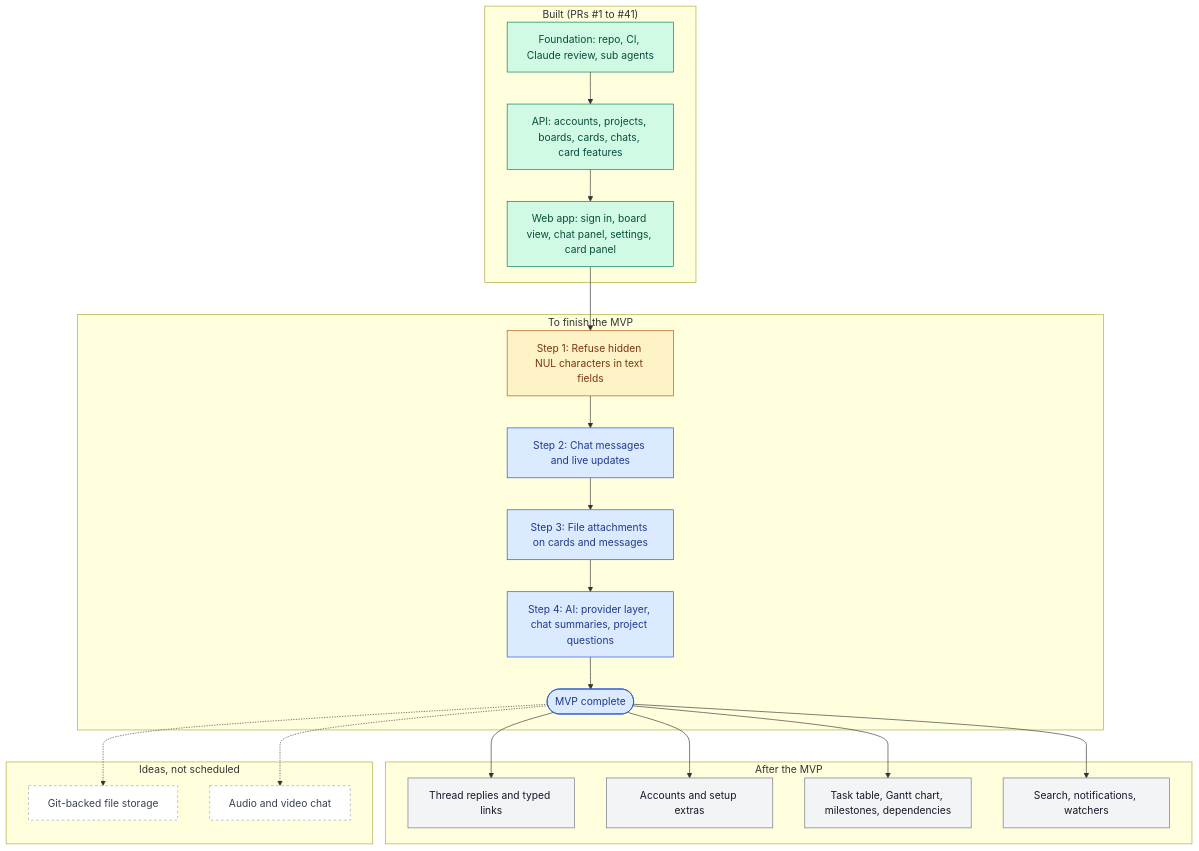
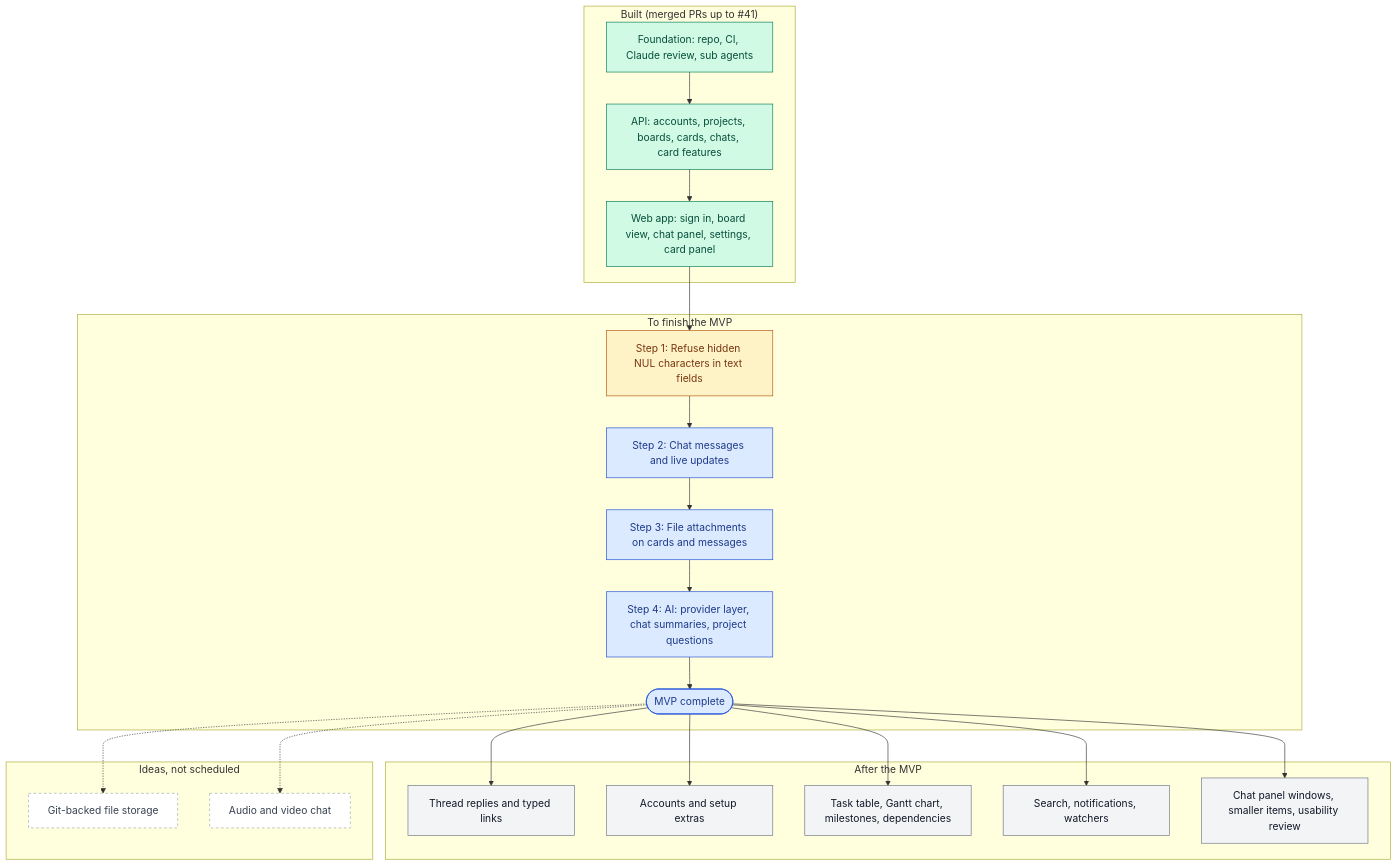
The diagram in docs/roadmap.md (jongane/Tessera), drawn with Mermaid before and after one commit. The commit also changed other lines of this file and 3 other files, not shown here.

First line of the commit message:
docs: point other docs to the roadmap for after-MVP work

````diff
--- a/docs/roadmap.md
+++ b/docs/roadmap.md
@@ -13,44 +13,45 @@
 ```mermaid
 flowchart TD
     classDef done fill:#d1fae5,stroke:#047857,color:#064e3b
     classDef next fill:#fef3c7,stroke:#b45309,color:#78350f
     classDef mvp fill:#dbeafe,stroke:#1d4ed8,color:#1e3a8a
     classDef later fill:#f3f4f6,stroke:#6b7280,color:#111827
     classDef idea fill:#ffffff,stroke:#9ca3af,color:#374151,stroke-dasharray: 4 4
 
-    subgraph Built["Built (PRs #1 to #41)"]
+    subgraph Built["Built (merged PRs up to #41)"]
         F[Foundation: repo, CI, Claude review, sub agents]
         A[API: accounts, projects, boards, cards, chats, card features]
         W[Web app: sign in, board view, chat panel, settings, card panel]
     end
 
     subgraph MVP["To finish the MVP"]
         N1[Step 1: Refuse hidden NUL characters in text fields]
         N2[Step 2: Chat messages and live updates]
         N3[Step 3: File attachments on cards and messages]
         N4[Step 4: AI: provider layer, chat summaries, project questions]
         R([MVP complete])
     end
 
     subgraph After["After the MVP"]
         L1[Thread replies and typed links]
         L2[Accounts and setup extras]
         L3[Task table, Gantt chart, milestones, dependencies]
         L4[Search, notifications, watchers]
+        L5[Chat panel windows, smaller items, usability review]
     end
 
     subgraph Ideas["Ideas, not scheduled"]
         I1[Git-backed file storage]
         I2[Audio and video chat]
     end
 
     F --> A --> W --> N1 --> N2 --> N3 --> N4 --> R
-    R --> L1 & L2 & L3 & L4
+    R --> L1 & L2 & L3 & L4 & L5
     R -.-> I1 & I2
 
     class F,A,W done
     class N1 next
     class N2,N3,N4,R mvp
-    class L1,L2,L3,L4 later
+    class L1,L2,L3,L4,L5 later
     class I1,I2 idea
 ```
````
